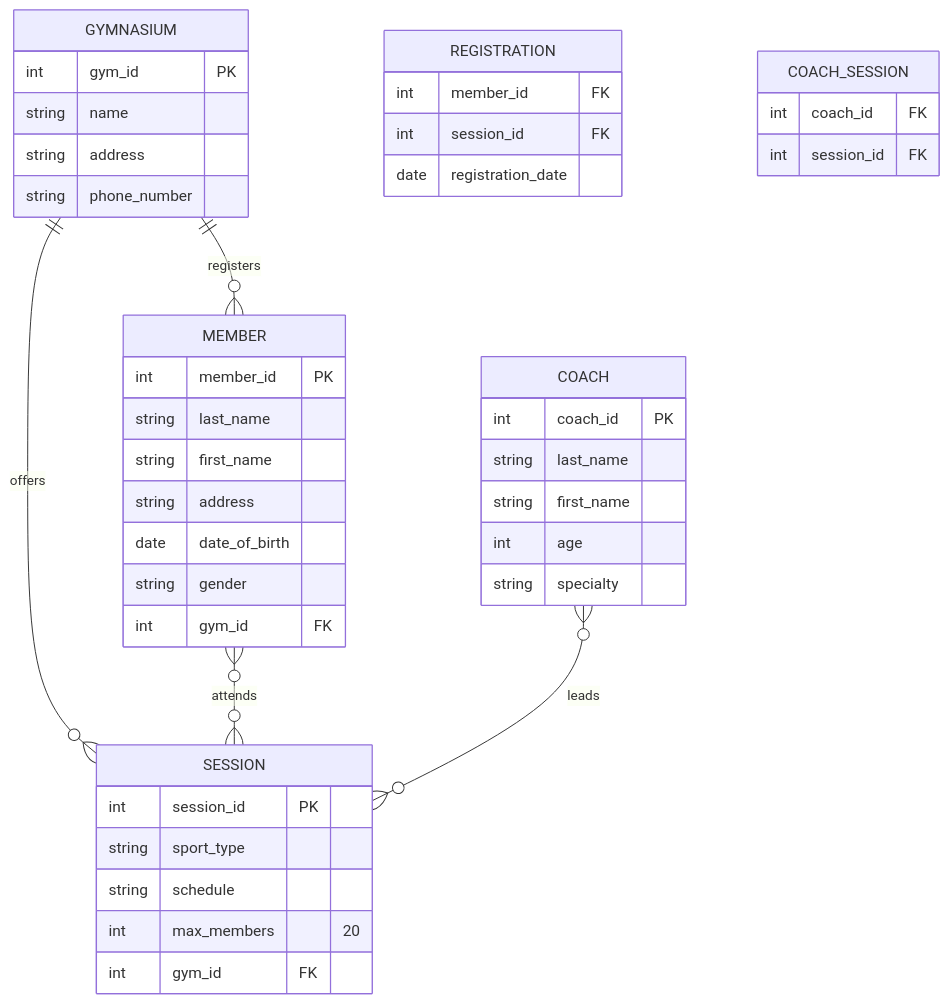
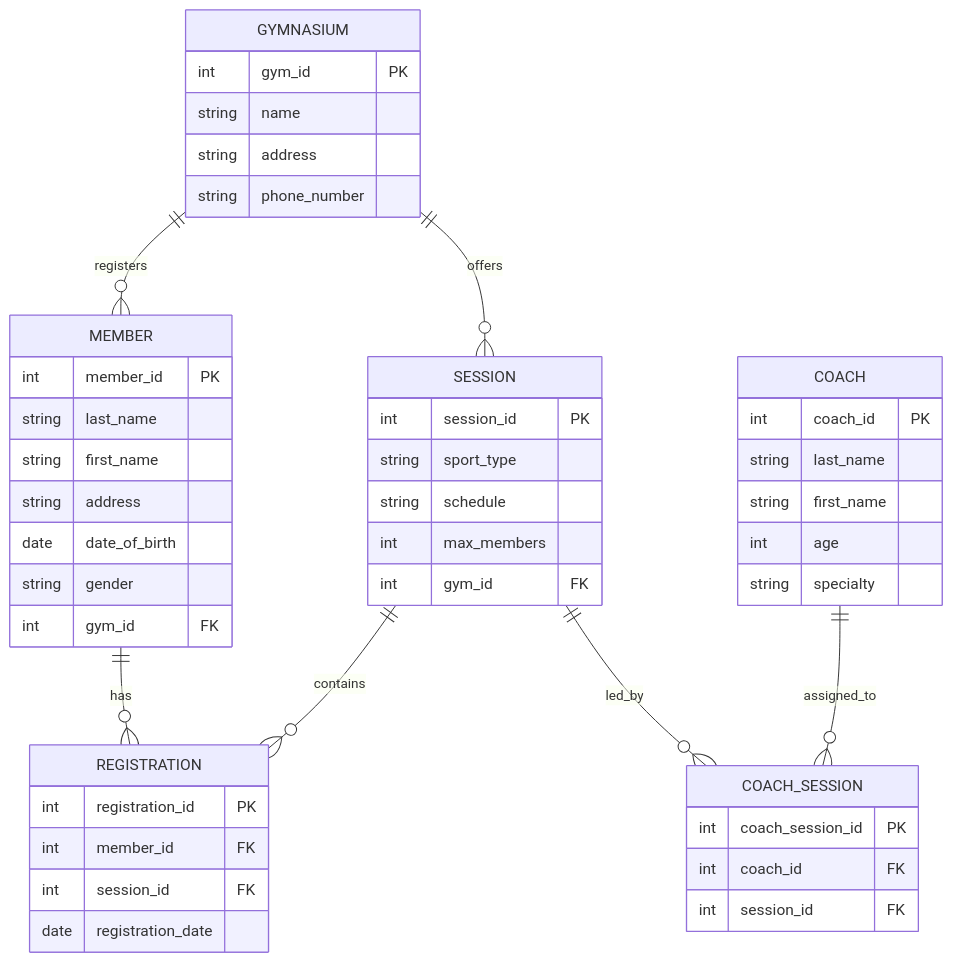
One commit to axelgervaisberi/gomycode-assignments changed the diagram in checkpoints/er_model/README.md. Above: the diagram before and after it, drawn with Mermaid.

Commit message:
Checkpoint: ER-Model | Fixed relationships in ER Diagram

````diff
--- a/checkpoints/er_model/README.md
+++ b/checkpoints/er_model/README.md
@@ -9,51 +9,58 @@
 ```mermaid
 erDiagram
+
     GYMNASIUM ||--o{ MEMBER : registers
     GYMNASIUM ||--o{ SESSION : offers
-    MEMBER }o--o{ SESSION : attends
-    COACH }o--o{ SESSION : leads
+
+    MEMBER ||--o{ REGISTRATION : has
+    SESSION ||--o{ REGISTRATION : contains
+
+    COACH ||--o{ COACH_SESSION : assigned_to
+    SESSION ||--o{ COACH_SESSION : led_by
 
     GYMNASIUM {
         int gym_id PK
         string name
         string address
         string phone_number
     }
 
     MEMBER {
         int member_id PK
         string last_name
         string first_name
         string address
         date date_of_birth
         string gender
         int gym_id FK
     }
 
     SESSION {
         int session_id PK
         string sport_type
         string schedule
-        int max_members "20"
+        int max_members
         int gym_id FK
     }
 
     COACH {
         int coach_id PK
         string last_name
         string first_name
         int age
         string specialty
     }
 
     REGISTRATION {
+        int registration_id PK
         int member_id FK
         int session_id FK
         date registration_date
     }
 
     COACH_SESSION {
+        int coach_session_id PK
         int coach_id FK
         int session_id FK
     }
 ```
````
